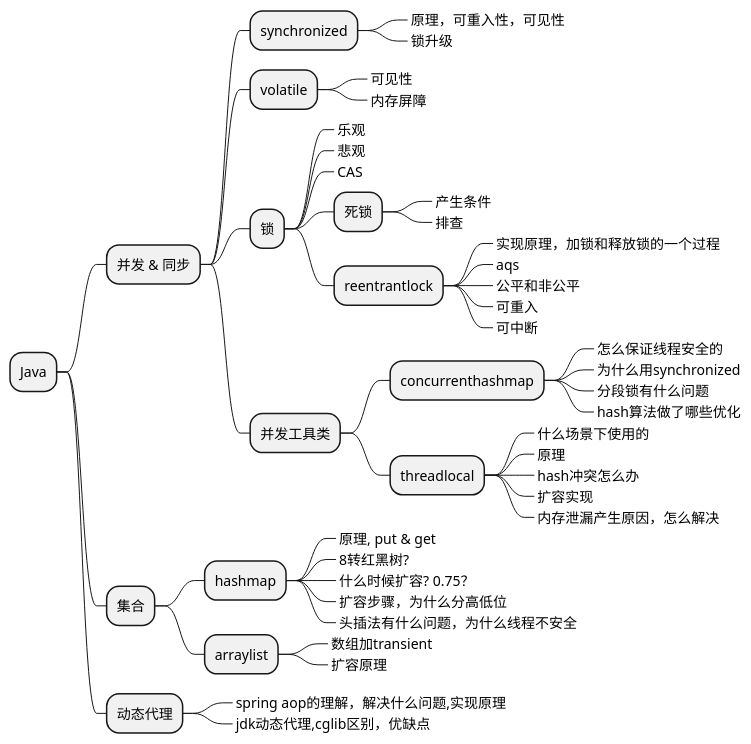
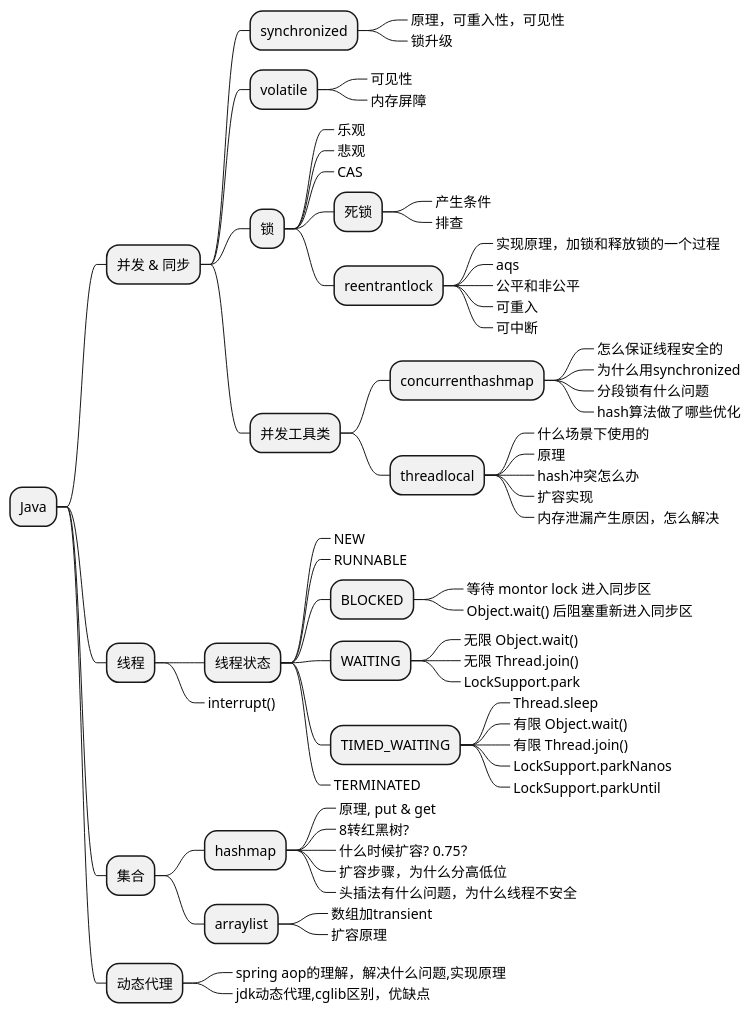
Before and after one commit to Gh0st99/Gh0st99.github.io: the first of 10 diagrams in _posts/2021-05-27-查漏补缺.md, drawn with PlantUML. The commit also changed other lines of this file, not shown here.

````diff
--- a/_posts/2021-05-27-查漏补缺.md
+++ b/_posts/2021-05-27-查漏补缺.md
@@ -12,62 +12,82 @@
 ```plantuml
 @startmindmap
 * Java
 
 ** 并发 & 同步
 
 *** synchronized
 ****_ 原理，可重入性，可见性
 ****_ 锁升级
 
 *** volatile
 ****_ 可见性
 ****_ 内存屏障
 
 *** 锁
 ****_ 乐观
 ****_ 悲观
 ****_ CAS
 **** 死锁
 *****_ 产生条件
 *****_ 排查
 **** reentrantlock
 *****_ 实现原理，加锁和释放锁的一个过程
 *****_ aqs
 *****_ 公平和非公平
 *****_ 可重入
 *****_ 可中断
 
 *** 并发工具类
 **** concurrenthashmap
 *****_ 怎么保证线程安全的
 *****_ 为什么用synchronized
 *****_ 分段锁有什么问题
 *****_ hash算法做了哪些优化
 **** threadlocal
 *****_ 什么场景下使用的
 *****_ 原理
 *****_ hash冲突怎么办
 *****_ 扩容实现
 *****_ 内存泄漏产生原因，怎么解决
 
+** 线程
+*** 线程状态
+****_ NEW
+****_ RUNNABLE
+**** BLOCKED
+*****_ 等待 montor lock 进入同步区
+*****_ Object.wait() 后阻塞重新进入同步区
+**** WAITING
+*****_ 无限 Object.wait()
+*****_ 无限 Thread.join()
+*****_ LockSupport.park
+**** TIMED_WAITING
+*****_ Thread.sleep
+*****_ 有限 Object.wait()
+*****_ 有限 Thread.join()
+*****_ LockSupport.parkNanos
+*****_ LockSupport.parkUntil
+****_ TERMINATED
+
+***_ interrupt()
 
 ** 集合
 
 *** hashmap
 ****_ 原理, put & get
 ****_ 8转红黑树?
 ****_ 什么时候扩容? 0.75？
 ****_ 扩容步骤，为什么分高低位
 ****_ 头插法有什么问题，为什么线程不安全 
 
 *** arraylist
 ****_ 数组加transient
 ****_ 扩容原理
 
 
 ** 动态代理
 ***_ spring aop的理解，解决什么问题,实现原理
 ***_ jdk动态代理,cglib区别，优缺点
 
 @endmindmap
 ```
````
